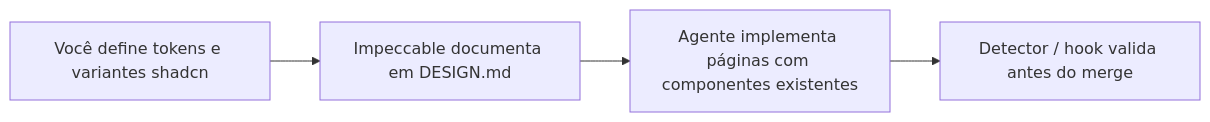
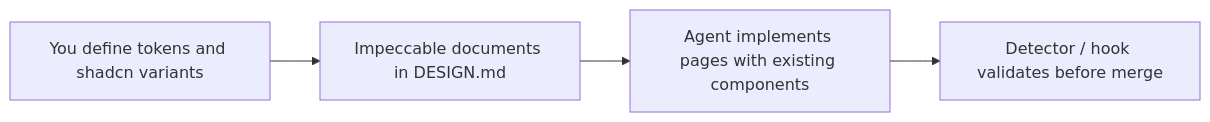
The diagram in doc/design/000-impeccable-design-system-guia.md (pvilarim/byebyevibe), drawn with Mermaid before and after one commit. The commit also changed other lines of this file and 1 other file, not shown here.

First line of the commit message:
docs(sdd): apply translate-design-wave-2 — Impeccable reference guide PT→EN

````diff
--- a/doc/design/000-impeccable-design-system-guia.md
+++ b/doc/design/000-impeccable-design-system-guia.md
@@ -66,6 +66,6 @@
 ```mermaid
 flowchart LR
-  A[Você define tokens e variantes shadcn] --> B[Impeccable documenta em DESIGN.md]
-  B --> C[Agente implementa páginas com componentes existentes]
-  C --> D[Detector / hook valida antes do merge]
+  A[You define tokens and shadcn variants] --> B[Impeccable documents in DESIGN.md]
+  B --> C[Agent implements pages with existing components]
+  C --> D[Detector / hook validates before merge]
 ```
````
